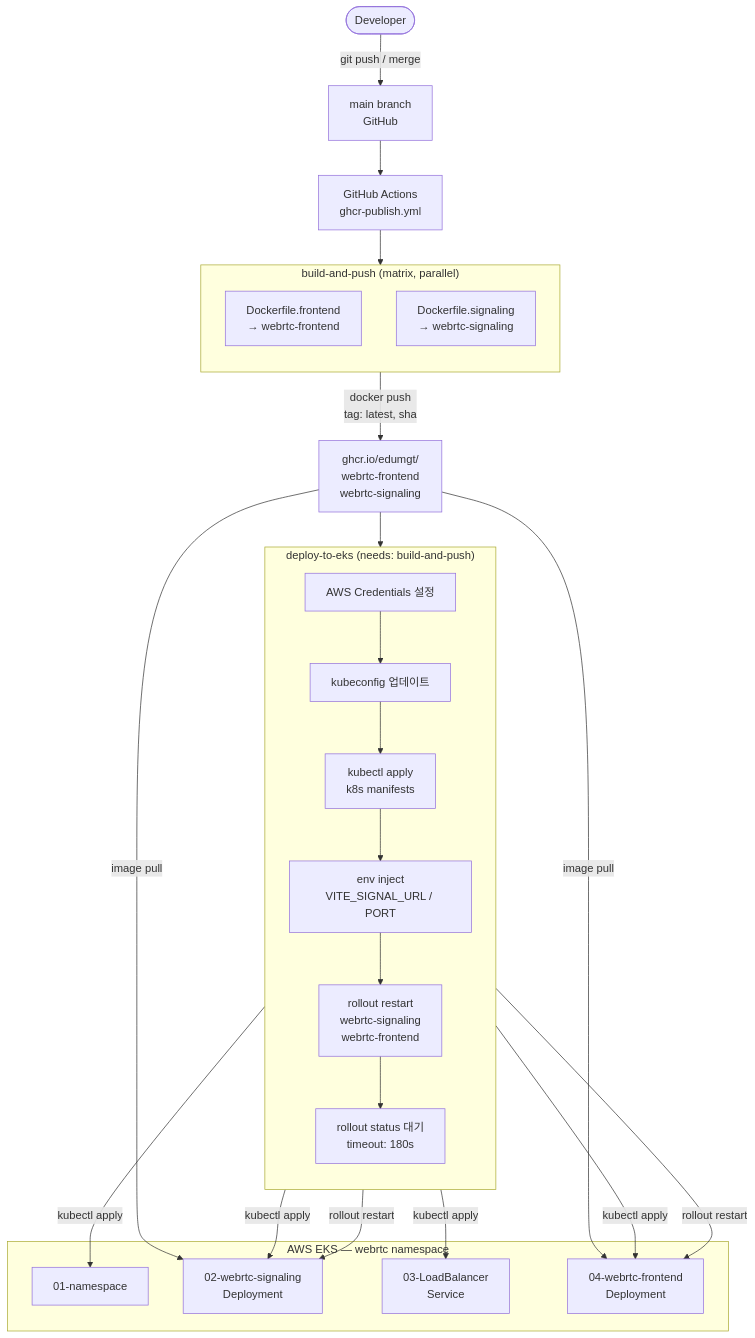
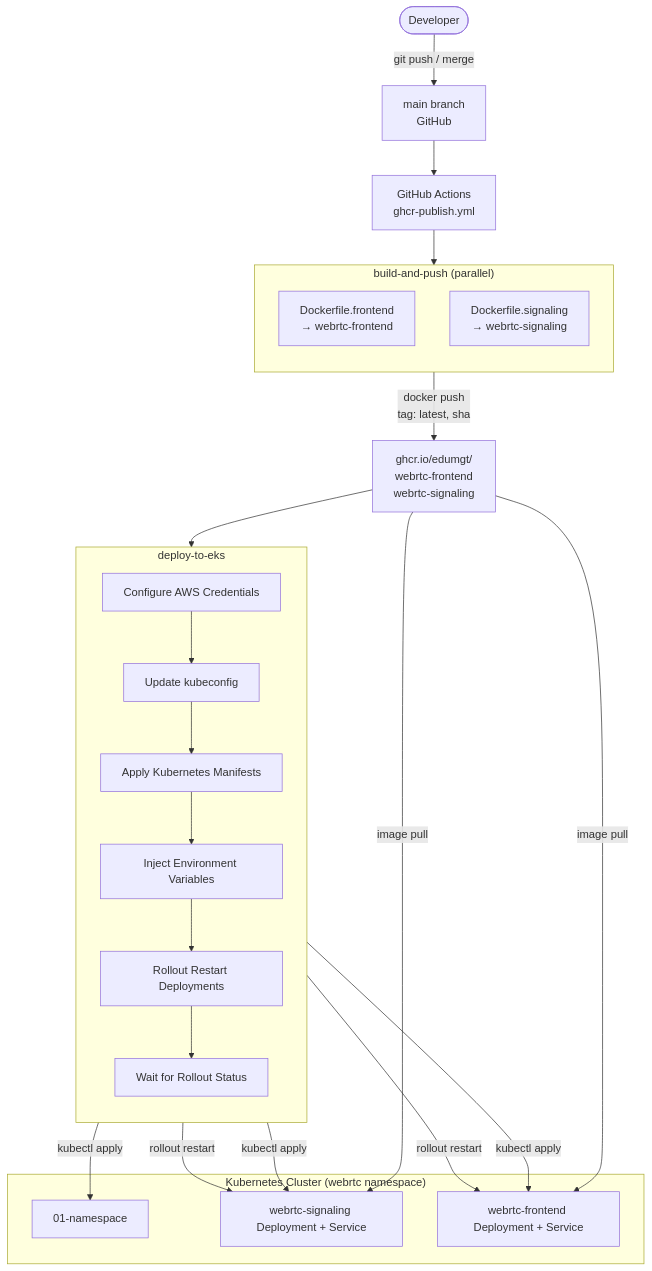
Before and after one commit to edumgt/webrtc-app: the second of 2 diagrams in Readme.md, drawn with Mermaid. The commit also changed other lines of this file and 3 other files, not shown here.

````diff
--- a/Readme.md
+++ b/Readme.md
@@ -224,40 +221,39 @@
 ```mermaid
 flowchart TD
     DEV([Developer]) -->|git push / merge| MAIN[main branch\nGitHub]
 
     MAIN --> GHA[GitHub Actions\nghcr-publish.yml]
 
-    subgraph BUILD["build-and-push (matrix, parallel)"]
+    subgraph BUILD["build-and-push (parallel)"]
         direction TB
         B1["Dockerfile.frontend\n→ webrtc-frontend"]
         B2["Dockerfile.signaling\n→ webrtc-signaling"]
     end
 
     GHA --> BUILD
 
     BUILD -->|docker push\ntag: latest, sha| GHCR["ghcr.io/edumgt/\nwebrtc-frontend\nwebrtc-signaling"]
 
     GHCR --> DEPLOY
 
-    subgraph DEPLOY["deploy-to-eks (needs: build-and-push)"]
+    subgraph DEPLOY["deploy-to-eks"]
         direction TB
-        D1[AWS Credentials 설정]
-        D2[kubeconfig 업데이트]
-        D3[kubectl apply\nk8s manifests]
-        D4[env inject\nVITE_SIGNAL_URL / PORT]
-        D5[rollout restart\nwebrtc-signaling\nwebrtc-frontend]
-        D6[rollout status 대기\ntimeout: 180s]
+        D1[Configure AWS Credentials]
+        D2[Update kubeconfig]
+        D3[Apply Kubernetes Manifests]
+        D4[Inject Environment Variables]
+        D5[Rollout Restart Deployments]
+        D6[Wait for Rollout Status]
         D1 --> D2 --> D3 --> D4 --> D5 --> D6
     end
 
-    subgraph EKS["AWS EKS — webrtc namespace"]
+    subgraph EKS["Kubernetes Cluster (webrtc namespace)"]
         NS[01-namespace]
-        SIG[02-webrtc-signaling\nDeployment]
-        SVC[03-LoadBalancer\nService]
-        FE[04-webrtc-frontend\nDeployment]
+        SIG[webrtc-signaling Deployment + Service]
+        FE[webrtc-frontend Deployment + Service]
     end
 
-    D3 -->|kubectl apply| NS & SIG & SVC & FE
+    D3 -->|kubectl apply| NS & SIG & FE
     D5 -->|rollout restart| SIG & FE
     GHCR -->|image pull| SIG & FE
 ```
````
